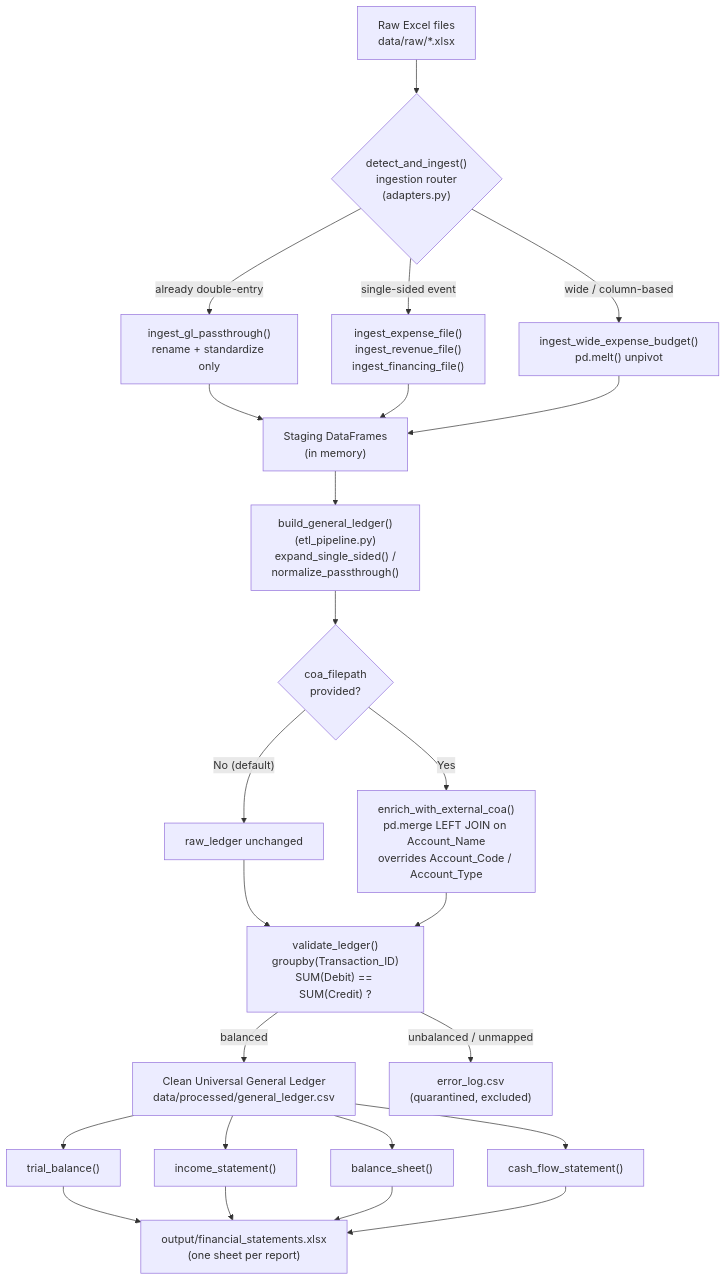
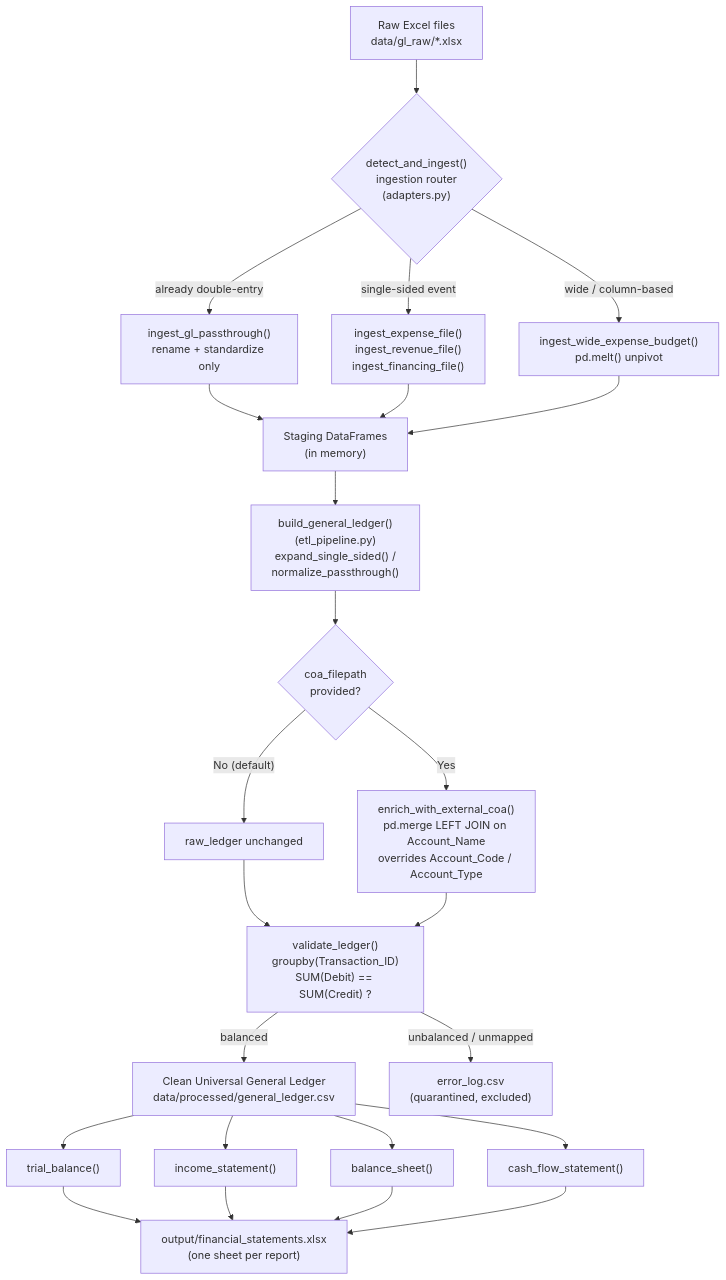
One commit to MUKIZA-The-Data-Engineer/Finance_system_project changed the first of 3 diagrams in system.md. Above: the diagram before and after it, drawn with Mermaid. The commit also changed other lines of this file and 6 other files, not shown here.

````diff
--- a/system.md
+++ b/system.md
@@ -158,33 +158,33 @@
 ```mermaid
 flowchart TD
-    A["Raw Excel files\ndata/raw/*.xlsx"] --> B{"detect_and_ingest()\ningestion router\n(adapters.py)"}
+    A["Raw Excel files\ndata/gl_raw/*.xlsx"] --> B{"detect_and_ingest()\ningestion router\n(adapters.py)"}
 
     B -->|"already double-entry"| C1["ingest_gl_passthrough()\nrename + standardize only"]
     B -->|"single-sided event"| C2["ingest_expense_file()\ningest_revenue_file()\ningest_financing_file()"]
     B -->|"wide / column-based"| C3["ingest_wide_expense_budget()\npd.melt() unpivot"]
 
     C1 --> D["Staging DataFrames\n(in memory)"]
     C2 --> D
     C3 --> D
 
     D --> E["build_general_ledger()\n(etl_pipeline.py)\nexpand_single_sided() /\nnormalize_passthrough()"]
 
     E --> F{"coa_filepath\nprovided?"}
     F -->|"No (default)"| G["raw_ledger unchanged"]
     F -->|"Yes"| H["enrich_with_external_coa()\npd.merge LEFT JOIN on Account_Name\noverrides Account_Code / Account_Type"]
     G --> I
     H --> I["validate_ledger()\ngroupby(Transaction_ID)\nSUM(Debit) == SUM(Credit) ?"]
 
     I -->|"balanced"| J["Clean Universal General Ledger\ndata/processed/general_ledger.csv"]
     I -->|"unbalanced / unmapped"| K["error_log.csv\n(quarantined, excluded)"]
 
     J --> L1["trial_balance()"]
     J --> L2["income_statement()"]
     J --> L3["balance_sheet()"]
     J --> L4["cash_flow_statement()"]
 
     L1 --> M["output/financial_statements.xlsx\n(one sheet per report)"]
     L2 --> M
     L3 --> M
     L4 --> M
 ```
````
